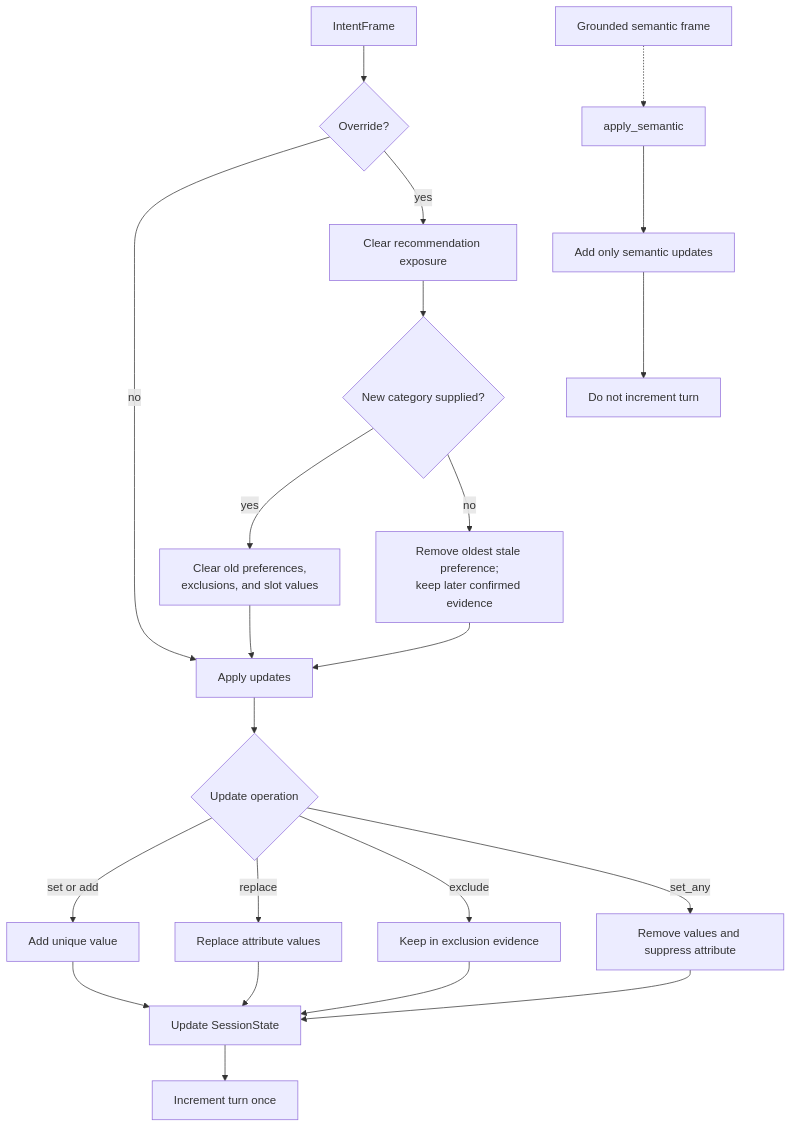
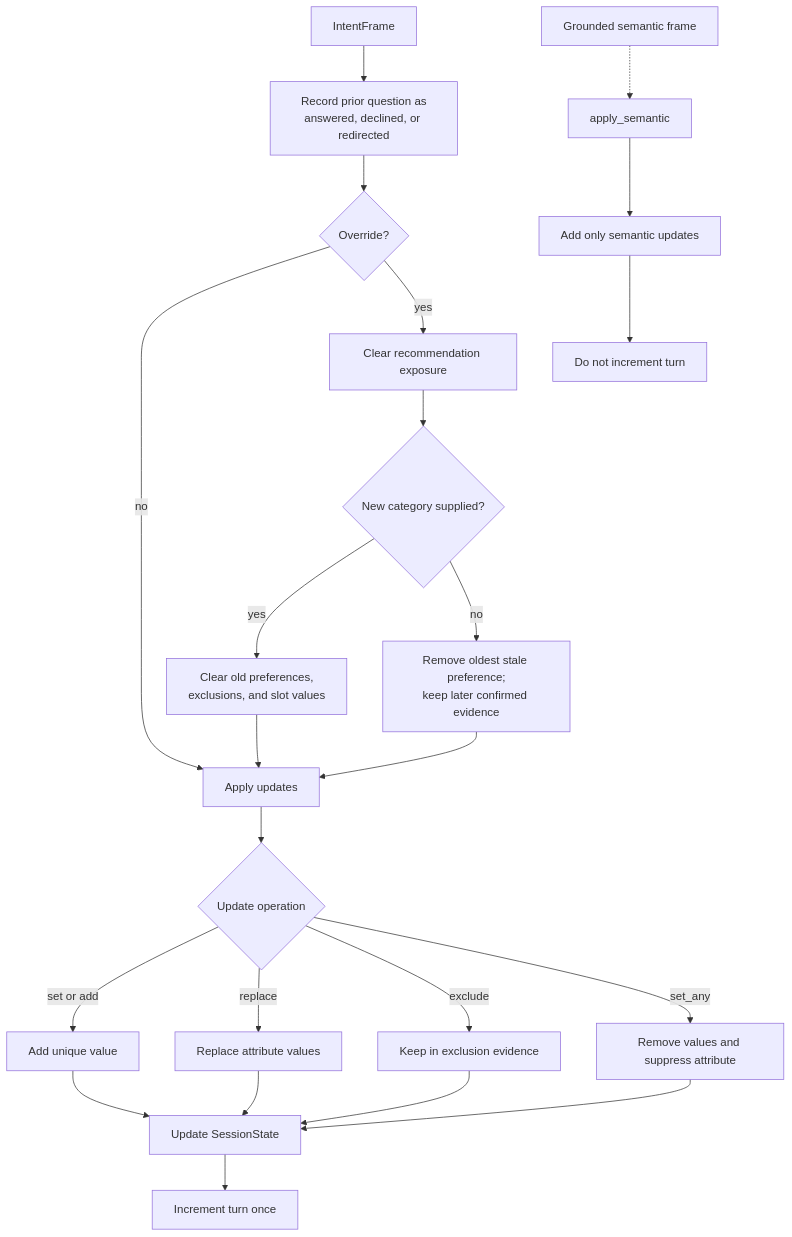
One commit to ash15khng/tiktok-techjam changed the sixth of 14 diagrams in docs/system-flowcharts.md. Above: the diagram before and after it, drawn with Mermaid. The commit also changed other lines of this file and 9 other files, not shown here.

Commit message:
document generalized architecture and evaluation discipline

````diff
--- a/docs/system-flowcharts.md
+++ b/docs/system-flowcharts.md
@@ -278,27 +289,28 @@
 ```mermaid
 flowchart TD
-    A[IntentFrame] --> B{Override?}
+    A[IntentFrame] --> A1[Record prior question as<br/>answered, declined, or redirected]
+    A1 --> B{Override?}
     B -->|no| G[Apply updates]
     B -->|yes| C[Clear recommendation exposure]
     C --> D{New category supplied?}
     D -->|yes| E[Clear old preferences,<br/>exclusions, and slot values]
     D -->|no| F[Remove oldest stale preference;<br/>keep later confirmed evidence]
     E --> G
     F --> G
 
     G --> H{Update operation}
     H -->|set or add| I[Add unique value]
     H -->|replace| J[Replace attribute values]
     H -->|exclude| K[Keep in exclusion evidence]
     H -->|set_any| L[Remove values and suppress attribute]
 
     I --> M[Update SessionState]
     J --> M
     K --> M
     L --> M
     M --> N[Increment turn once]
 
     O[Grounded semantic frame] -.-> P[apply_semantic]
     P --> Q[Add only semantic updates]
     Q --> R[Do not increment turn]
 ```
````
